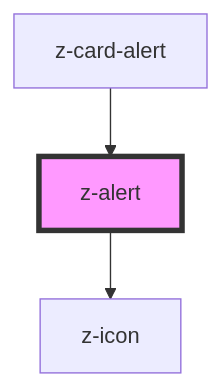
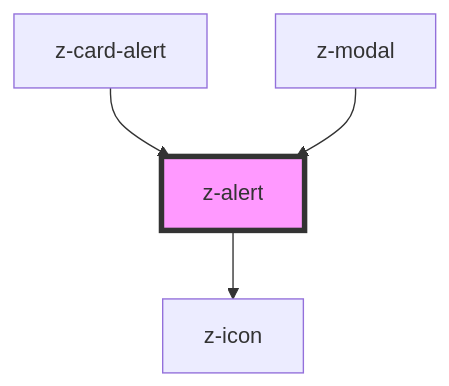
The diagram in src/components/notification/z-alert/readme.md (ZanichelliEditore/design-system), drawn with Mermaid before and after one commit. The commit also changed other lines of this file and 9 other files, not shown here.

Commit message:
MYZ-7050 cambiamento gestione stile, aggiunto componente z-modal-alert

````diff
--- a/src/components/notification/z-alert/readme.md
+++ b/src/components/notification/z-alert/readme.md
@@ -44,6 +45,7 @@
 ```mermaid
 graph TD;
   z-alert --> z-icon
   z-card-alert --> z-alert
+  z-modal --> z-alert
   style z-alert fill:#f9f,stroke:#333,stroke-width:4px
 ```
````
